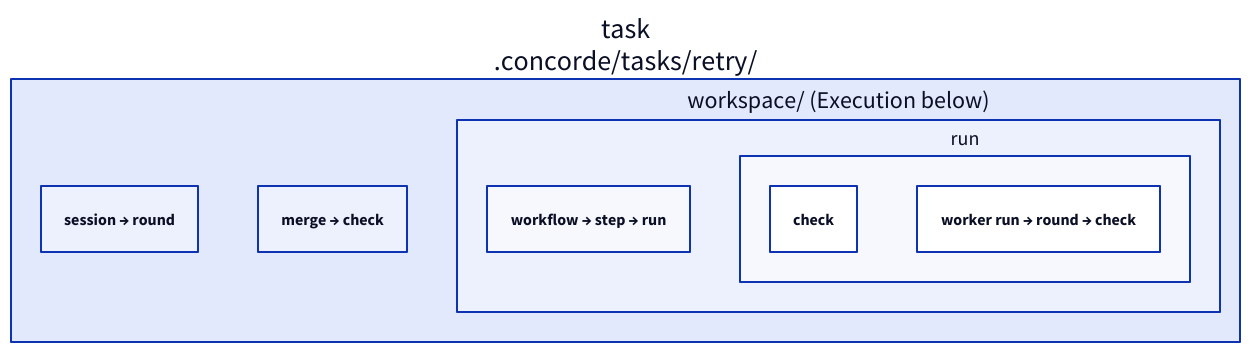
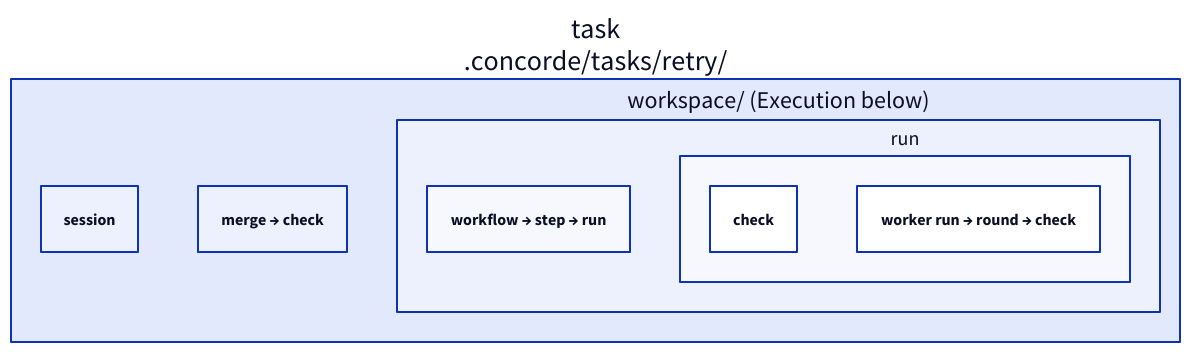
Before and after one commit to FTOD/concorde: the first of 2 diagrams in specs/concorde/tracing/module.md, drawn with D2. The commit also changed other lines of this file and 92 other files, not shown here.

First line of the commit message:
Drop pi from the main-session side: main agent and task sessions run on Claude Code only

````diff
--- a/specs/concorde/tracing/module.md
+++ b/specs/concorde/tracing/module.md
@@ -35,13 +34,13 @@
 ```d2 illustrative
 task: "task\n.concorde/tasks/retry/" {
-  sessions: "session → round"
+  sessions: "session"
   merges: "merge → check"
   workspace: "workspace/ (Execution below)" {
     workflow: "workflow → step → run"
     runs: "run" {
       check: check
       worker: "worker run → round → check"
     }
   }
 }
 ```
````
